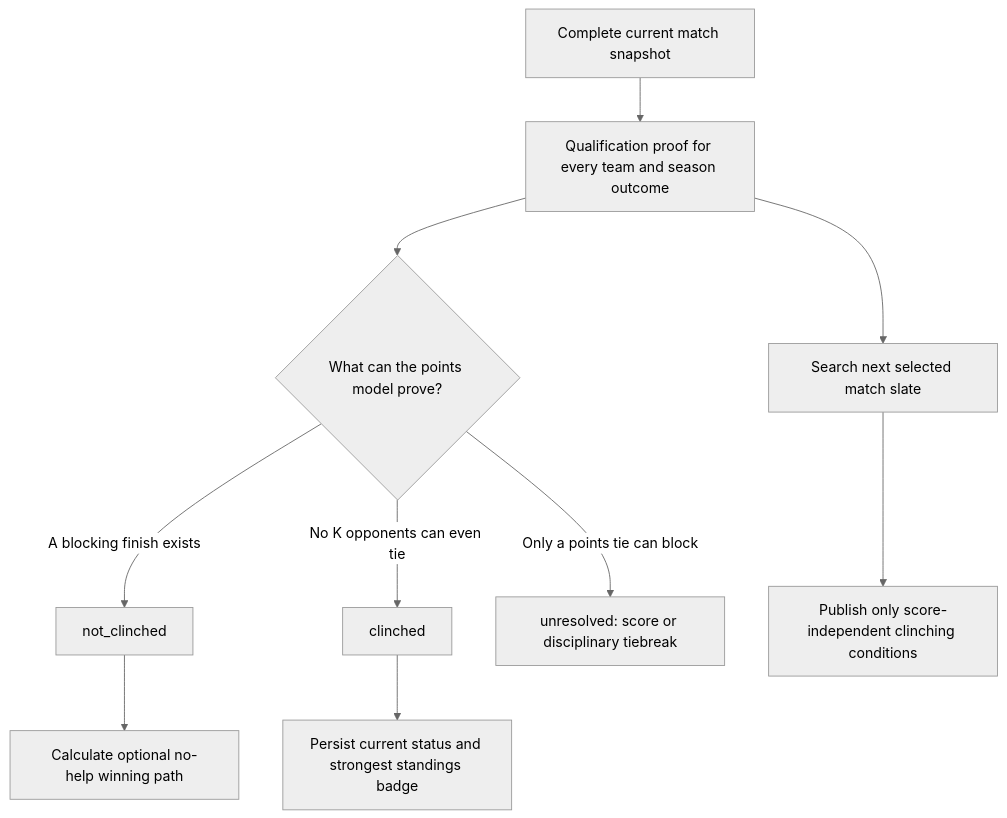
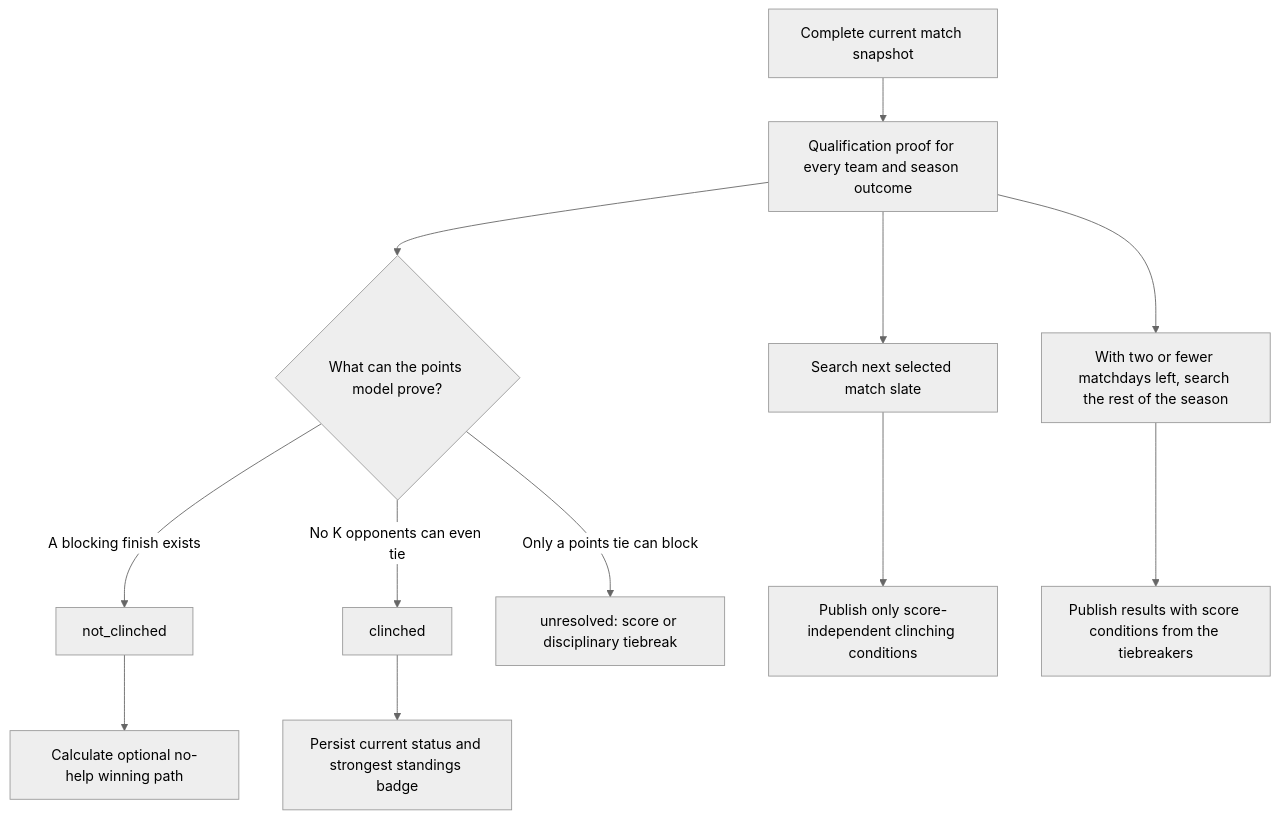
One commit to jrduncans/nwsl-season changed the first of 5 diagrams in docs/clinching-logic-guide.md. Above: the diagram before and after it, drawn with Mermaid (neutral theme). The commit also changed other lines of this file and 36 other files, not shown here.

First line of the commit message:
Add rest-of-season clinching scenarios with readable tiebreak conditions (#206)

````diff
--- a/docs/clinching-logic-guide.md
+++ b/docs/clinching-logic-guide.md
@@ -31,12 +31,14 @@
 ```mermaid
 flowchart TD
     A["Complete current match snapshot"] --> B["Qualification proof for every team and season outcome"]
     B --> C{"What can the points model prove?"}
     C -->|A blocking finish exists| D["not_clinched"]
     C -->|No K opponents can even tie| E["clinched"]
     C -->|Only a points tie can block| F["unresolved: score or disciplinary tiebreak"]
     E --> G["Persist current status and strongest standings badge"]
     D --> H["Calculate optional no-help winning path"]
     B --> I["Search next selected match slate"]
     I --> J["Publish only score-independent clinching conditions"]
+    B --> K["With two or fewer matchdays left, search the rest of the season"]
+    K --> L["Publish results with score conditions from the tiebreakers"]
 ```
````
